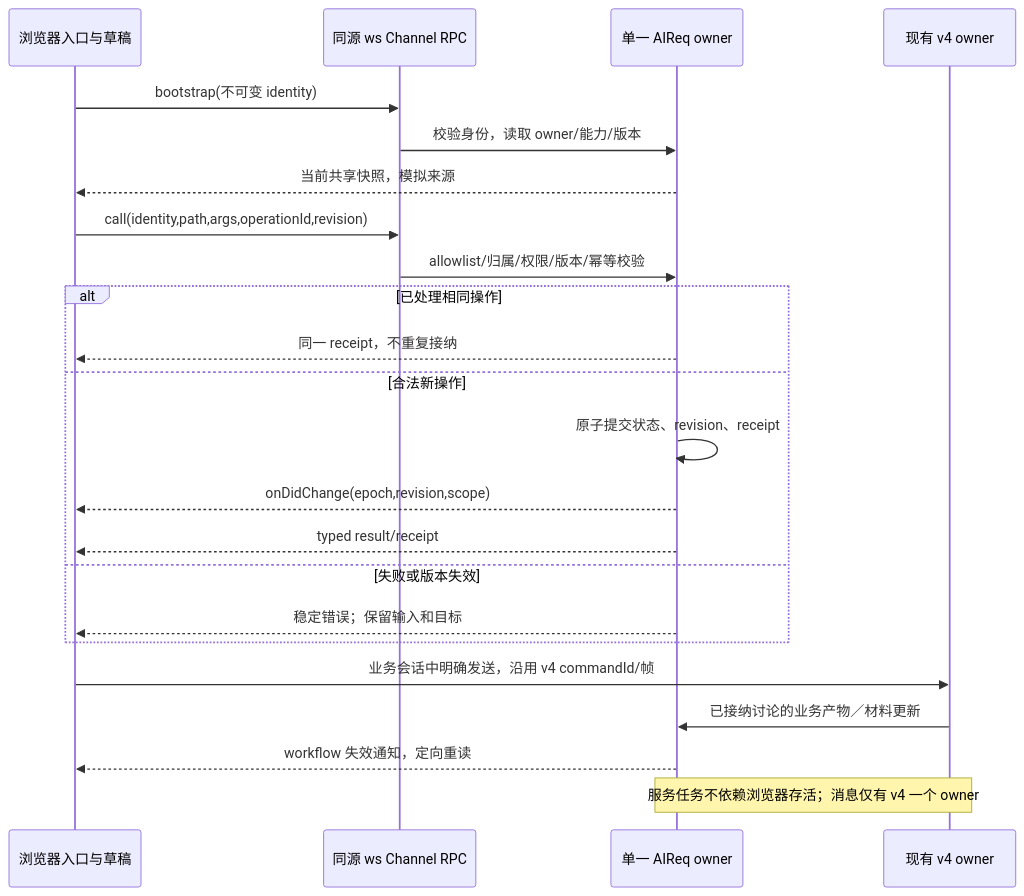
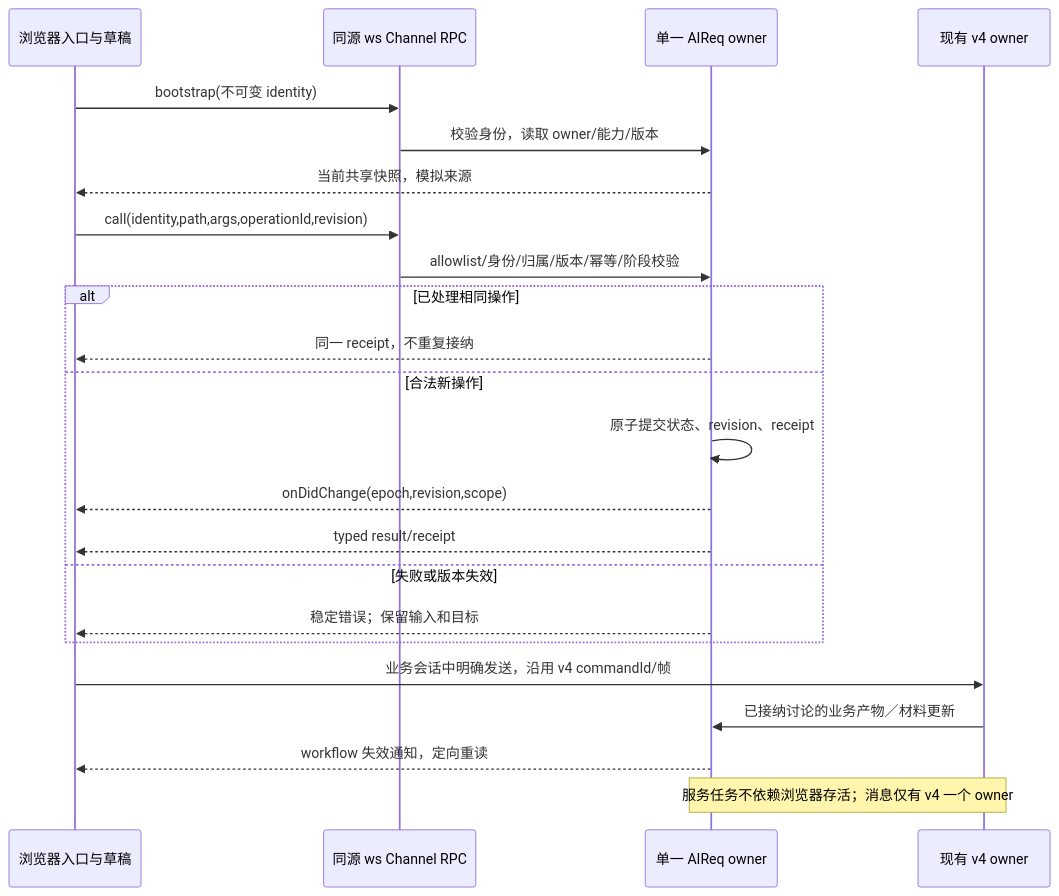
Before and after one commit to jchanghong023/ZCode: the third of 5 diagrams in docs/specs/aireq-migration/integration.md, drawn with Mermaid. The commit also changed other lines of this file and 374 other files, not shown here.

````diff
--- a/docs/specs/aireq-migration/integration.md
+++ b/docs/specs/aireq-migration/integration.md
@@ -286,25 +297,25 @@
 ```mermaid
 sequenceDiagram
   participant B as 浏览器入口与草稿
   participant C as 同源 ws Channel RPC
   participant M as 单一 AIReq owner
   participant V as 现有 v4 owner
   B->>C: bootstrap(不可变 identity)
   C->>M: 校验身份，读取 owner/能力/版本
   M-->>B: 当前共享快照，模拟来源
   B->>C: call(identity,path,args,operationId,revision)
-  C->>M: allowlist/归属/权限/版本/幂等校验
+  C->>M: allowlist/身份/归属/版本/幂等/阶段校验
   alt 已处理相同操作
     M-->>B: 同一 receipt，不重复接纳
   else 合法新操作
     M->>M: 原子提交状态、revision、receipt
     M-->>B: onDidChange(epoch,revision,scope)
     M-->>B: typed result/receipt
   else 失败或版本失效
     M-->>B: 稳定错误；保留输入和目标
   end
   B->>V: 业务会话中明确发送，沿用 v4 commandId/帧
   V->>M: 已接纳讨论的业务产物／材料更新
   M-->>B: workflow 失效通知，定向重读
   Note over M,V: 服务任务不依赖浏览器存活；消息仅有 v4 一个 owner
 ```
````
